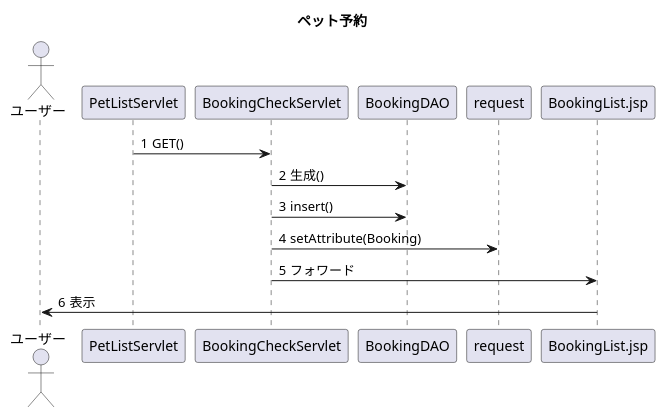
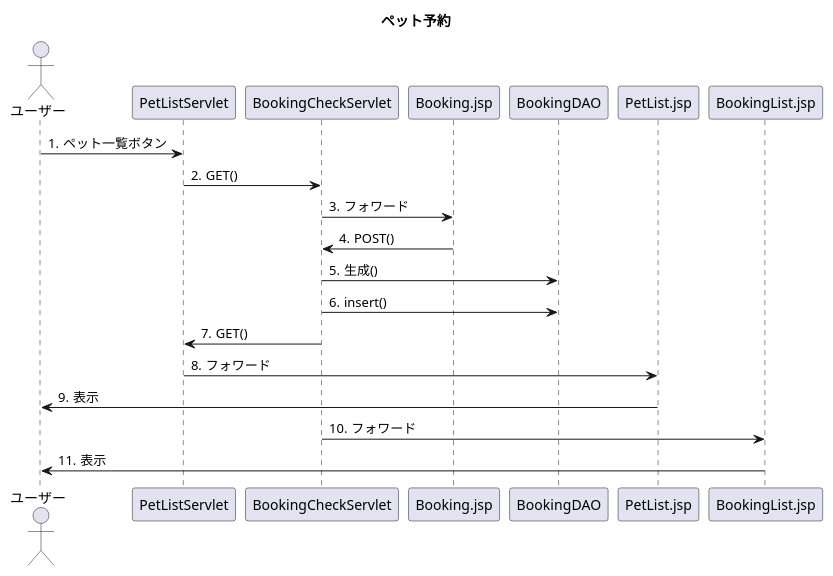
One commit to Tyamanaka07/WebSystem changed the diagram in detail.uml/seq_booking.pu. Above: the diagram before and after it, drawn with PlantUML.

Commit message:
予約のシーケンス図ver２完成

```diff
--- a/detail.uml/seq_booking.pu
+++ b/detail.uml/seq_booking.pu
@@ -1,16 +1,25 @@
 @startuml
 title ペット予約
 actor ユーザー
 participant PetListServlet
 participant BookingCheckServlet
-autonumber "#"
+participant Booking.jsp
+participant BookingDAO
+participant PetList.jsp
+participant BookingList.jsp
+autonumber "#."
 
+ユーザー->PetListServlet : ペット一覧ボタン
 PetListServlet->BookingCheckServlet : GET()
+BookingCheckServlet->Booking.jsp : フォワード
+Booking.jsp->BookingCheckServlet : POST()
 BookingCheckServlet->BookingDAO : 生成()
 BookingCheckServlet->BookingDAO : insert()
-BookingCheckServlet->request : setAttribute(Booking)
+BookingCheckServlet->PetListServlet : GET()
+PetListServlet->PetList.jsp : フォワード
+PetList.jsp->ユーザー : 表示
 BookingCheckServlet->BookingList.jsp : フォワード
 BookingList.jsp->ユーザー : 表示
 
 
 @enduml
```
